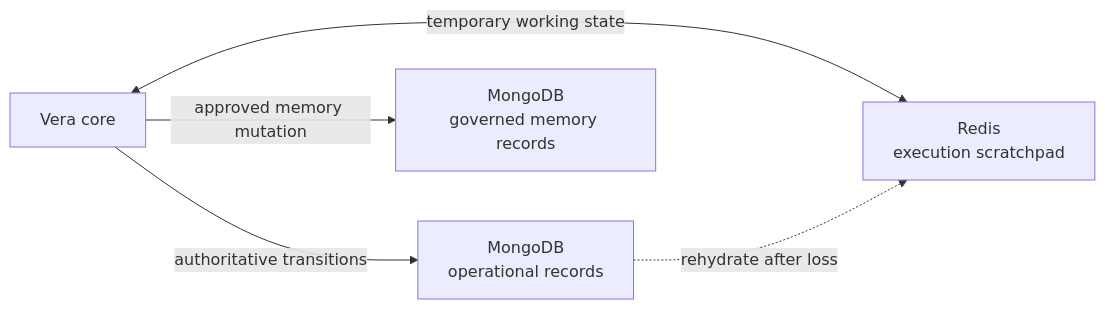
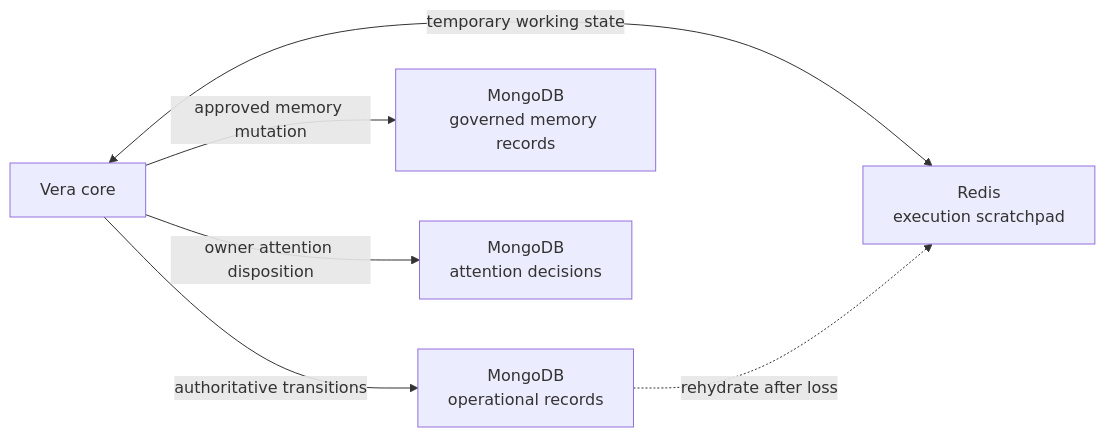
Before and after one commit to 4romgod/vera: the third of 4 diagrams in docs/memory-and-context.md, drawn with Mermaid. The commit also changed other lines of this file and 49 other files, not shown here.

````diff
--- a/docs/memory-and-context.md
+++ b/docs/memory-and-context.md
@@ -346,7 +349,8 @@
 ```mermaid
 flowchart LR
     CORE["Vera core"] -->|"authoritative transitions"| OPS["MongoDB<br/>operational records"]
     CORE <-->|"temporary working state"| WORK["Redis<br/>execution scratchpad"]
     OPS -. "rehydrate after loss" .-> WORK
     CORE -->|"approved memory mutation"| MEMORY["MongoDB<br/>governed memory records"]
+    CORE -->|"owner attention disposition"| ATTENTION["MongoDB<br/>attention decisions"]
 ```
````
